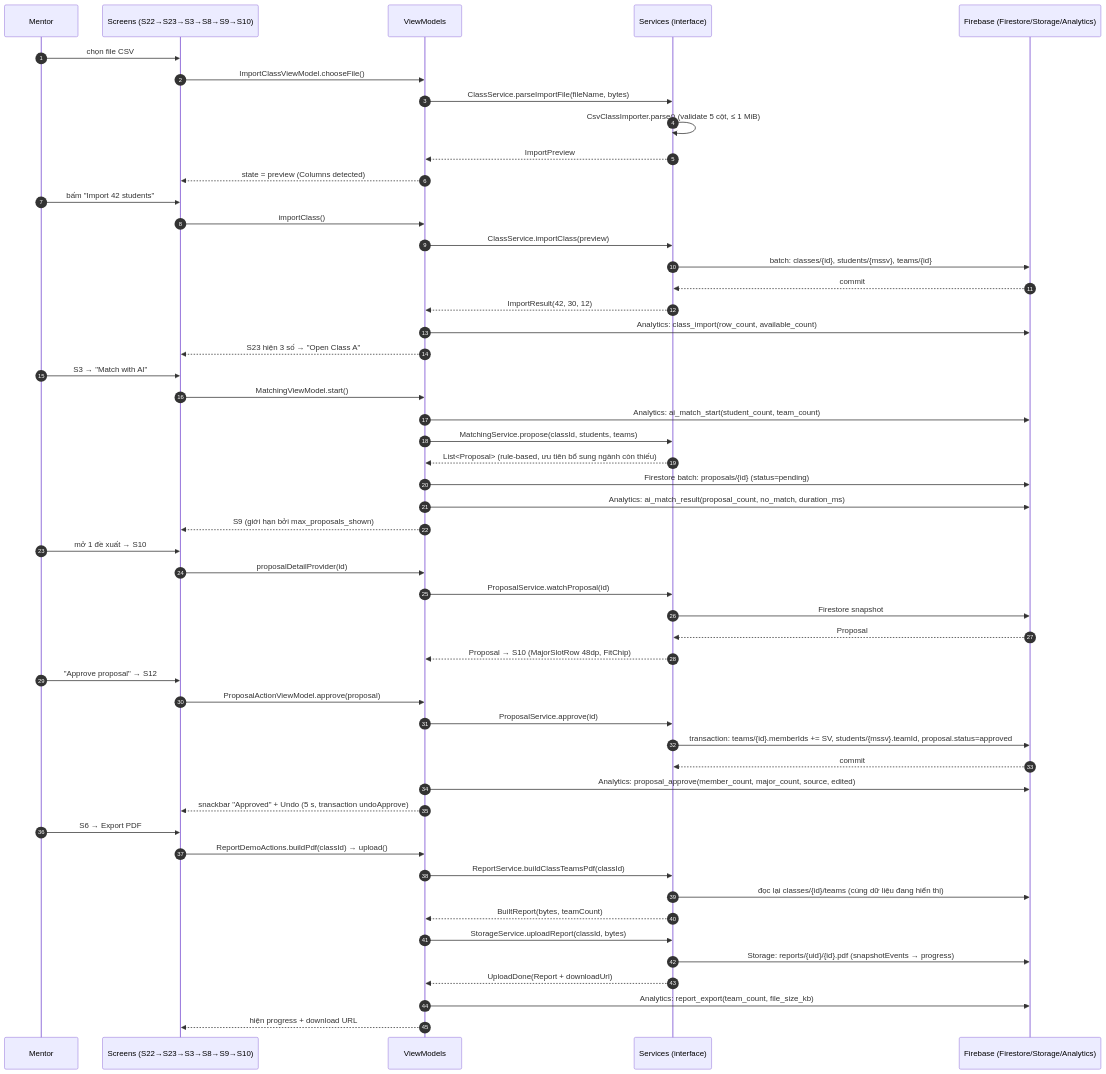
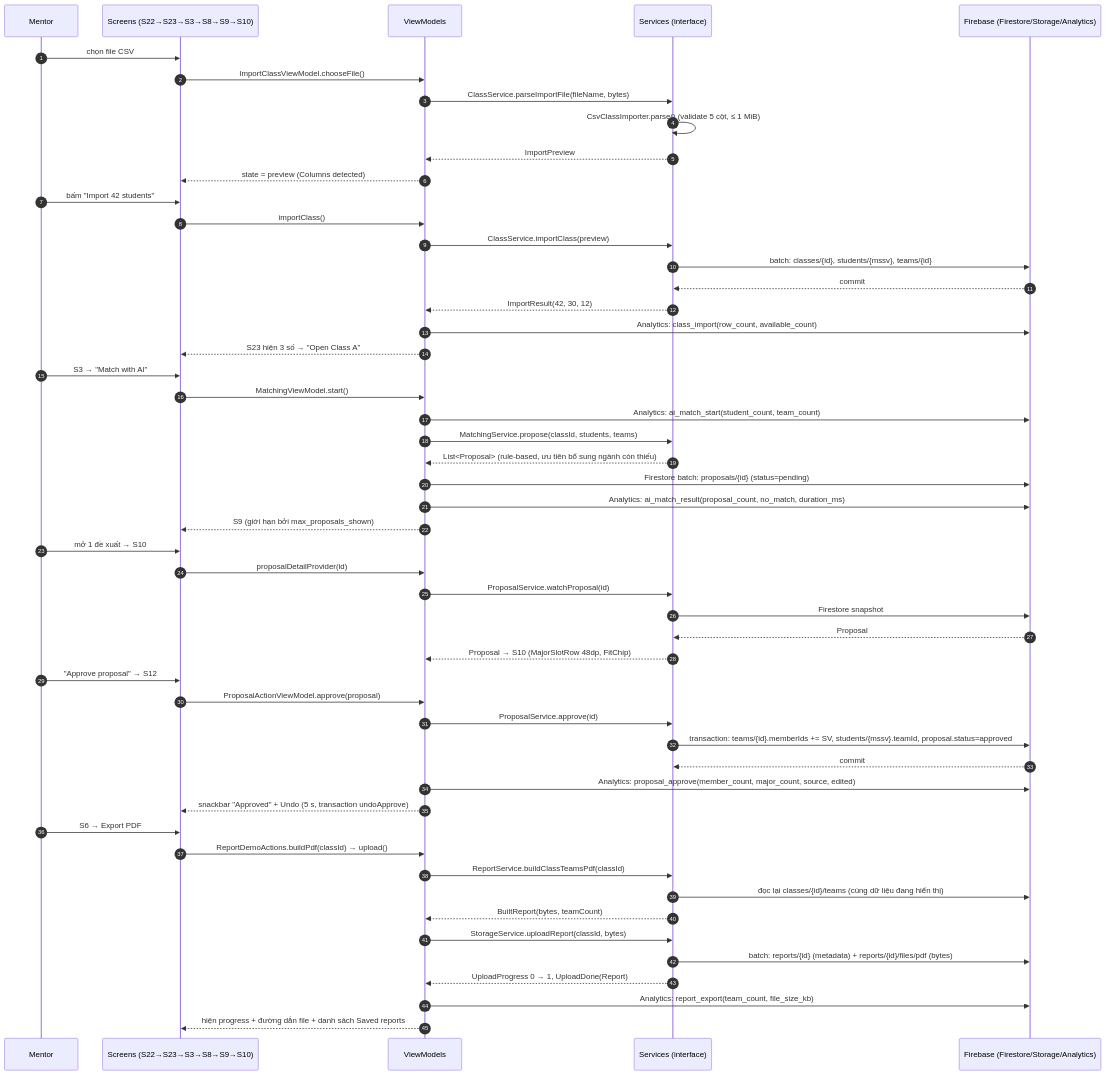
One commit to no-solace/prm-teamup-mobile changed the second of 2 diagrams in report/Lab03_report.md. Above: the diagram before and after it, drawn with Mermaid. The commit also changed other lines of this file and 5 other files, not shown here.

````diff
--- a/report/Lab03_report.md
+++ b/report/Lab03_report.md
@@ -156,55 +156,55 @@
 ```mermaid
 sequenceDiagram
   autonumber
   participant U as Mentor
   participant S as Screens (S22→S23→S3→S8→S9→S10)
   participant VM as ViewModels
   participant SV as Services (interface)
   participant FB as Firebase (Firestore/Storage/Analytics)
 
   U->>S: chọn file CSV
   S->>VM: ImportClassViewModel.chooseFile()
   VM->>SV: ClassService.parseImportFile(fileName, bytes)
   SV->>SV: CsvClassImporter.parse() (validate 5 cột, ≤ 1 MiB)
   SV-->>VM: ImportPreview
   VM-->>S: state = preview (Columns detected)
   U->>S: bấm "Import 42 students"
   S->>VM: importClass()
   VM->>SV: ClassService.importClass(preview)
   SV->>FB: batch: classes/{id}, students/{mssv}, teams/{id}
   FB-->>SV: commit
   SV-->>VM: ImportResult(42, 30, 12)
   VM->>FB: Analytics: class_import(row_count, available_count)
   VM-->>S: S23 hiện 3 số → "Open Class A"
   U->>S: S3 → "Match with AI"
   S->>VM: MatchingViewModel.start()
   VM->>FB: Analytics: ai_match_start(student_count, team_count)
   VM->>SV: MatchingService.propose(classId, students, teams)
   SV-->>VM: List<Proposal> (rule-based, ưu tiên bổ sung ngành còn thiếu)
   VM->>FB: Firestore batch: proposals/{id} (status=pending)
   VM->>FB: Analytics: ai_match_result(proposal_count, no_match, duration_ms)
   VM-->>S: S9 (giới hạn bởi max_proposals_shown)
   U->>S: mở 1 đề xuất → S10
   S->>VM: proposalDetailProvider(id)
   VM->>SV: ProposalService.watchProposal(id)
   SV->>FB: Firestore snapshot
   FB-->>SV: Proposal
   SV-->>VM: Proposal → S10 (MajorSlotRow 48dp, FitChip)
   U->>S: "Approve proposal" → S12
   S->>VM: ProposalActionViewModel.approve(proposal)
   VM->>SV: ProposalService.approve(id)
   SV->>FB: transaction: teams/{id}.memberIds += SV, students/{mssv}.teamId, proposal.status=approved
   FB-->>SV: commit
   VM->>FB: Analytics: proposal_approve(member_count, major_count, source, edited)
   VM-->>S: snackbar "Approved" + Undo (5 s, transaction undoApprove)
   U->>S: S6 → Export PDF
   S->>VM: ReportDemoActions.buildPdf(classId) → upload()
   VM->>SV: ReportService.buildClassTeamsPdf(classId)
   SV->>FB: đọc lại classes/{id}/teams (cùng dữ liệu đang hiển thị)
   SV-->>VM: BuiltReport(bytes, teamCount)
   VM->>SV: StorageService.uploadReport(classId, bytes)
-  SV->>FB: Storage: reports/{uid}/{id}.pdf (snapshotEvents → progress)
-  SV-->>VM: UploadDone(Report + downloadUrl)
+  SV->>FB: batch: reports/{id} (metadata) + reports/{id}/files/pdf (bytes)
+  SV-->>VM: UploadProgress 0 → 1, UploadDone(Report)
   VM->>FB: Analytics: report_export(team_count, file_size_kb)
-  VM-->>S: hiện progress + download URL
+  VM-->>S: hiện progress + đường dẫn file + danh sách Saved reports
 ```
````
